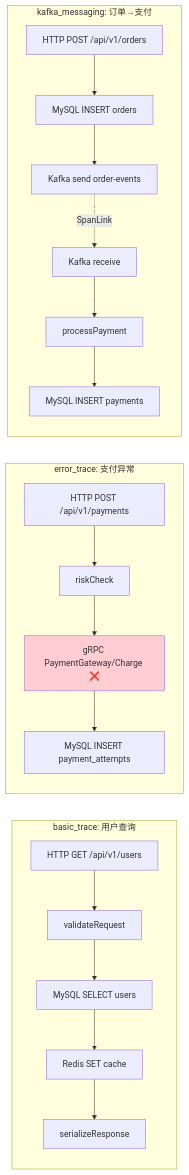
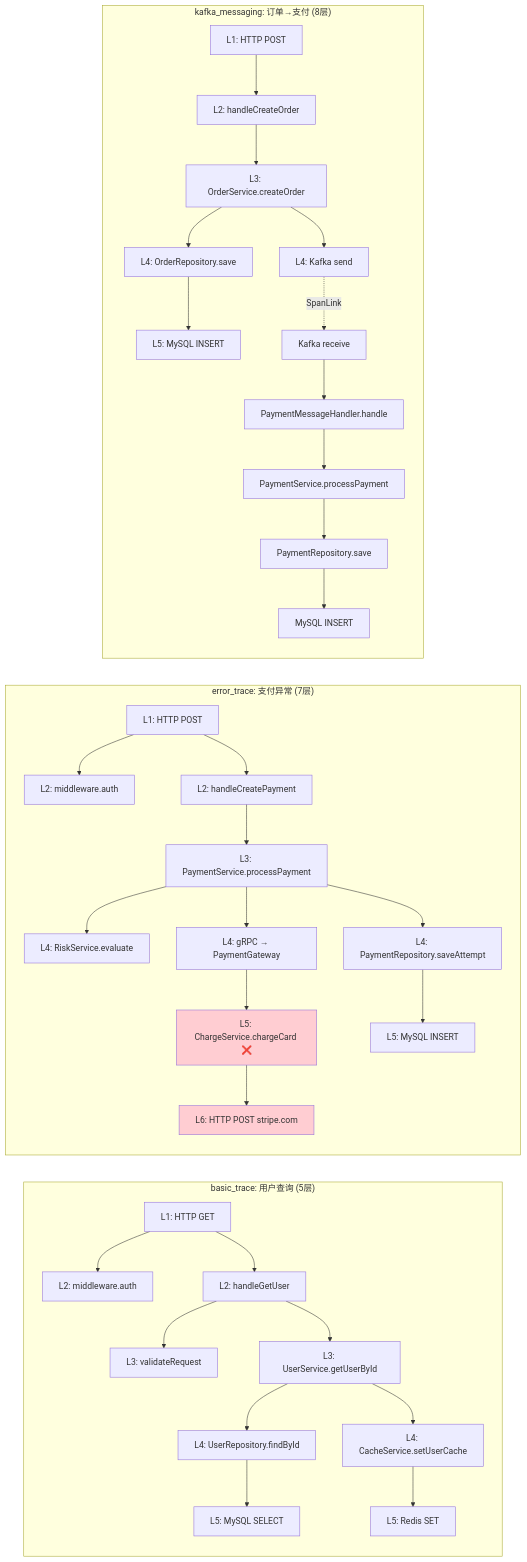
One commit to junjiewwang/custom-opentelemetry-collector changed the second of 5 diagrams in receiver/testdatagenreceiver/PROGRESS.md. Above: the diagram before and after it, drawn with Mermaid. The commit also changed other lines of this file and 12 other files, not shown here.

````diff
--- a/receiver/testdatagenreceiver/PROGRESS.md
+++ b/receiver/testdatagenreceiver/PROGRESS.md
@@ -69,25 +75,41 @@
 ```mermaid
 graph LR
-    subgraph BT["basic_trace: 用户查询"]
-        BT1["HTTP GET /api/v1/users"] --> BT2["validateRequest"]
-        BT2 --> BT3["MySQL SELECT users"]
-        BT3 --> BT4["Redis SET cache"]
-        BT4 --> BT5["serializeResponse"]
+    subgraph BT["basic_trace: 用户查询 (5层)"]
+        BT1["L1: HTTP GET"] --> BT1a["L2: middleware.auth"]
+        BT1 --> BT2["L2: handleGetUser"]
+        BT2 --> BT2a["L3: validateRequest"]
+        BT2 --> BT3["L3: UserService.getUserById"]
+        BT3 --> BT4["L4: UserRepository.findById"]
+        BT4 --> BT5["L5: MySQL SELECT"]
+        BT3 --> BT6["L4: CacheService.setUserCache"]
+        BT6 --> BT7["L5: Redis SET"]
     end
 
-    subgraph ET["error_trace: 支付异常"]
-        ET1["HTTP POST /api/v1/payments"] --> ET2["riskCheck"]
-        ET2 --> ET3["gRPC PaymentGateway/Charge ❌"]
-        ET3 --> ET4["MySQL INSERT payment_attempts"]
+    subgraph ET["error_trace: 支付异常 (7层)"]
+        ET1["L1: HTTP POST"] --> ET1a["L2: middleware.auth"]
+        ET1 --> ET2["L2: handleCreatePayment"]
+        ET2 --> ET3["L3: PaymentService.processPayment"]
+        ET3 --> ET4["L4: RiskService.evaluate"]
+        ET3 --> ET5["L4: gRPC → PaymentGateway"]
+        ET5 --> ET6["L5: ChargeService.chargeCard ❌"]
+        ET6 --> ET7["L6: HTTP POST stripe.com"]
+        ET3 --> ET8["L4: PaymentRepository.saveAttempt"]
+        ET8 --> ET9["L5: MySQL INSERT"]
     end
 
-    subgraph KM["kafka_messaging: 订单→支付"]
-        KM1["HTTP POST /api/v1/orders"] --> KM2["MySQL INSERT orders"]
-        KM2 --> KM3["Kafka send order-events"]
-        KM3 -.->|SpanLink| KM4["Kafka receive"]
-        KM4 --> KM5["processPayment"]
-        KM5 --> KM6["MySQL INSERT payments"]
+    subgraph KM["kafka_messaging: 订单→支付 (8层)"]
+        KM1["L1: HTTP POST"] --> KM2["L2: handleCreateOrder"]
+        KM2 --> KM3["L3: OrderService.createOrder"]
+        KM3 --> KM4["L4: OrderRepository.save"]
+        KM4 --> KM5["L5: MySQL INSERT"]
+        KM3 --> KM6["L4: Kafka send"]
+        KM6 -.->|SpanLink| KM7["Kafka receive"]
+        KM7 --> KM8["PaymentMessageHandler.handle"]
+        KM8 --> KM9["PaymentService.processPayment"]
+        KM9 --> KM10["PaymentRepository.save"]
+        KM10 --> KM11["MySQL INSERT"]
     end
 
-    style ET3 fill:#ffcdd2
+    style ET6 fill:#ffcdd2
+    style ET7 fill:#ffcdd2
 ```
````
